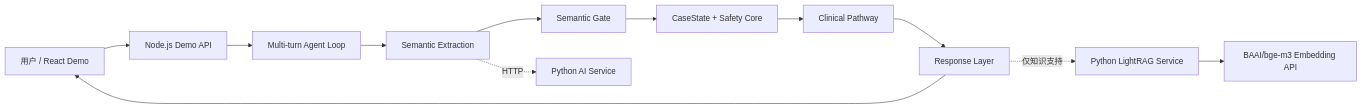
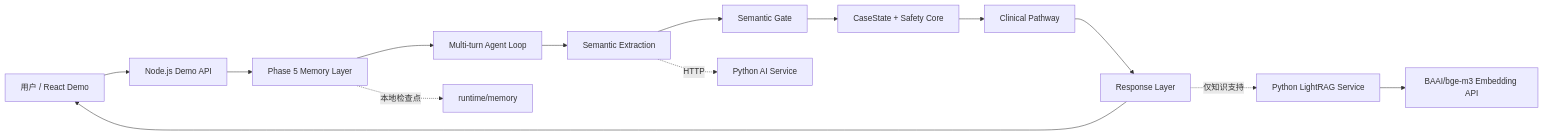
The diagram in README.md (ggggddddhhh/Medical-Agent), drawn with Mermaid before and after one commit. The commit also changed other lines of this file and 18 other files, not shown here.

Commit message:
feat: add phase 5 memory layer

```diff
--- a/README.md
+++ b/README.md
@@ -37,14 +39,16 @@
 ~~~mermaid
 flowchart LR
     U[用户 / React Demo] --> D[Node.js Demo API]
-    D --> A[Multi-turn Agent Loop]
+    D --> M[Phase 5 Memory Layer]
+    M --> A[Multi-turn Agent Loop]
+    M -. 本地检查点 .-> F[runtime/memory]
     A --> S[Semantic Extraction]
     S --> G[Semantic Gate]
     G --> C[CaseState + Safety Core]
     C --> P[Clinical Pathway]
     P --> R[Response Layer]
     R --> U
     S -. HTTP .-> AI[Python AI Service]
     R -. 仅知识支持 .-> K[Python LightRAG Service]
     K --> E[BAAI/bge-m3 Embedding API]
 ~~~
```
